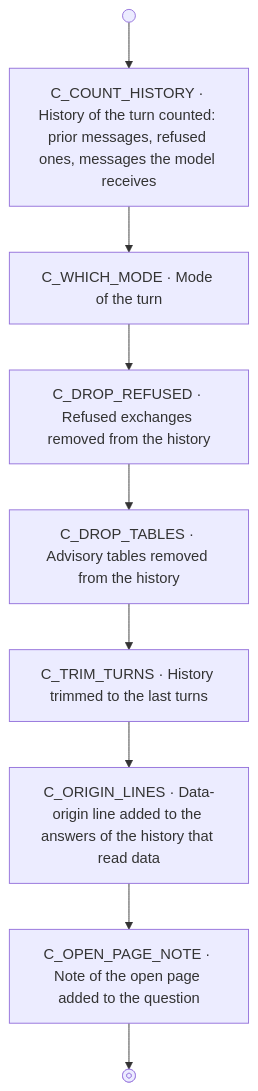
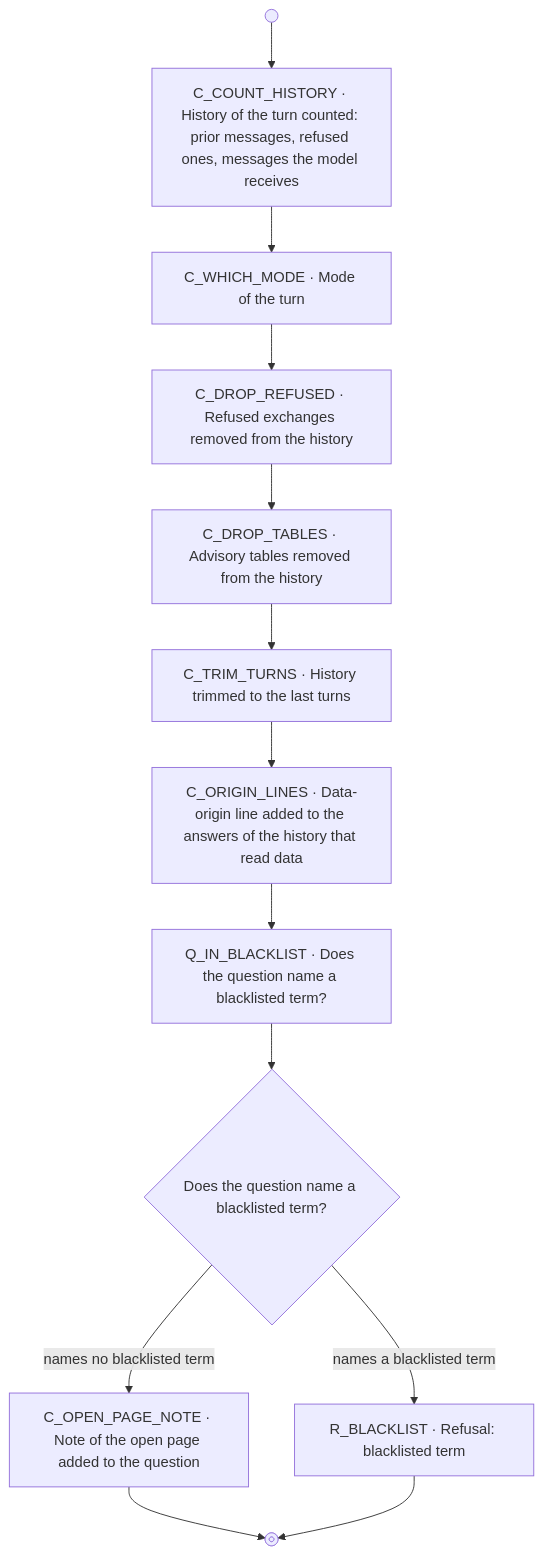
Before and after one commit to Clod/llmwiki-marimo: the third of 4 diagrams in docs/workflow_diagrams.md, drawn with Mermaid. The commit also changed 8 other files, not shown here.

````diff
--- a/docs/workflow_diagrams.md
+++ b/docs/workflow_diagrams.md
@@ -231,21 +231,28 @@
 ```mermaid
 flowchart TD
   wf_start@{ shape: sm-circ }
   wf_end@{ shape: fr-circ }
   C_COUNT_HISTORY["C_COUNT_HISTORY · History of the turn counted: prior messages, refused ones, messages the model receives"]
   C_WHICH_MODE["C_WHICH_MODE · Mode of the turn"]
   C_DROP_REFUSED["C_DROP_REFUSED · Refused exchanges removed from the history"]
   C_DROP_TABLES["C_DROP_TABLES · Advisory tables removed from the history"]
   C_TRIM_TURNS["C_TRIM_TURNS · History trimmed to the last turns"]
   C_ORIGIN_LINES["C_ORIGIN_LINES · Data-origin line added to the answers of the history that read data"]
+  Q_IN_BLACKLIST["Q_IN_BLACKLIST · Does the question name a blacklisted term?"]
+  after_Q_IN_BLACKLIST{"Does the question name a blacklisted term?"}
   C_OPEN_PAGE_NOTE["C_OPEN_PAGE_NOTE · Note of the open page added to the question"]
+  R_BLACKLIST["R_BLACKLIST · Refusal: blacklisted term"]
 
   wf_start --> C_COUNT_HISTORY
   C_COUNT_HISTORY --> C_WHICH_MODE
   C_WHICH_MODE --> C_DROP_REFUSED
   C_DROP_REFUSED --> C_DROP_TABLES
   C_DROP_TABLES --> C_TRIM_TURNS
   C_TRIM_TURNS --> C_ORIGIN_LINES
-  C_ORIGIN_LINES --> C_OPEN_PAGE_NOTE
+  C_ORIGIN_LINES --> Q_IN_BLACKLIST
+  Q_IN_BLACKLIST --> after_Q_IN_BLACKLIST
+  after_Q_IN_BLACKLIST -->|"names no blacklisted term"| C_OPEN_PAGE_NOTE
+  after_Q_IN_BLACKLIST -->|"names a blacklisted term"| R_BLACKLIST
   C_OPEN_PAGE_NOTE --> wf_end
+  R_BLACKLIST --> wf_end
 ```
````
